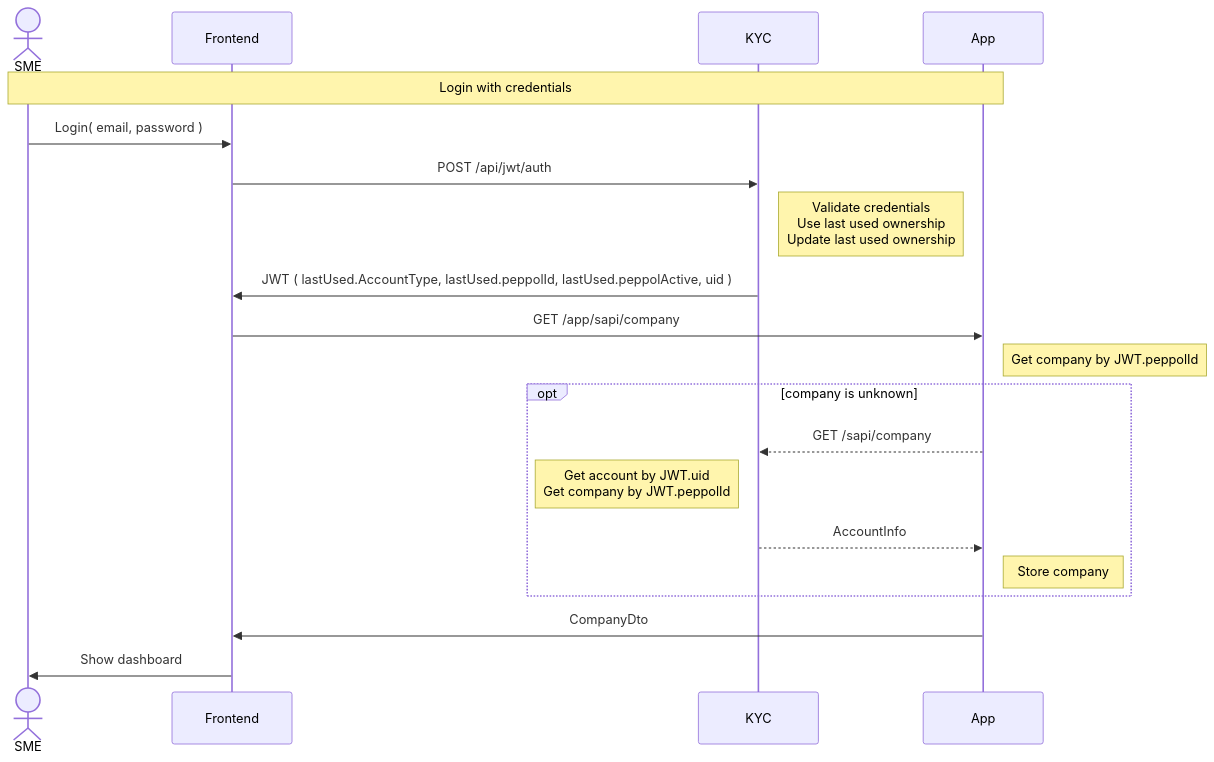
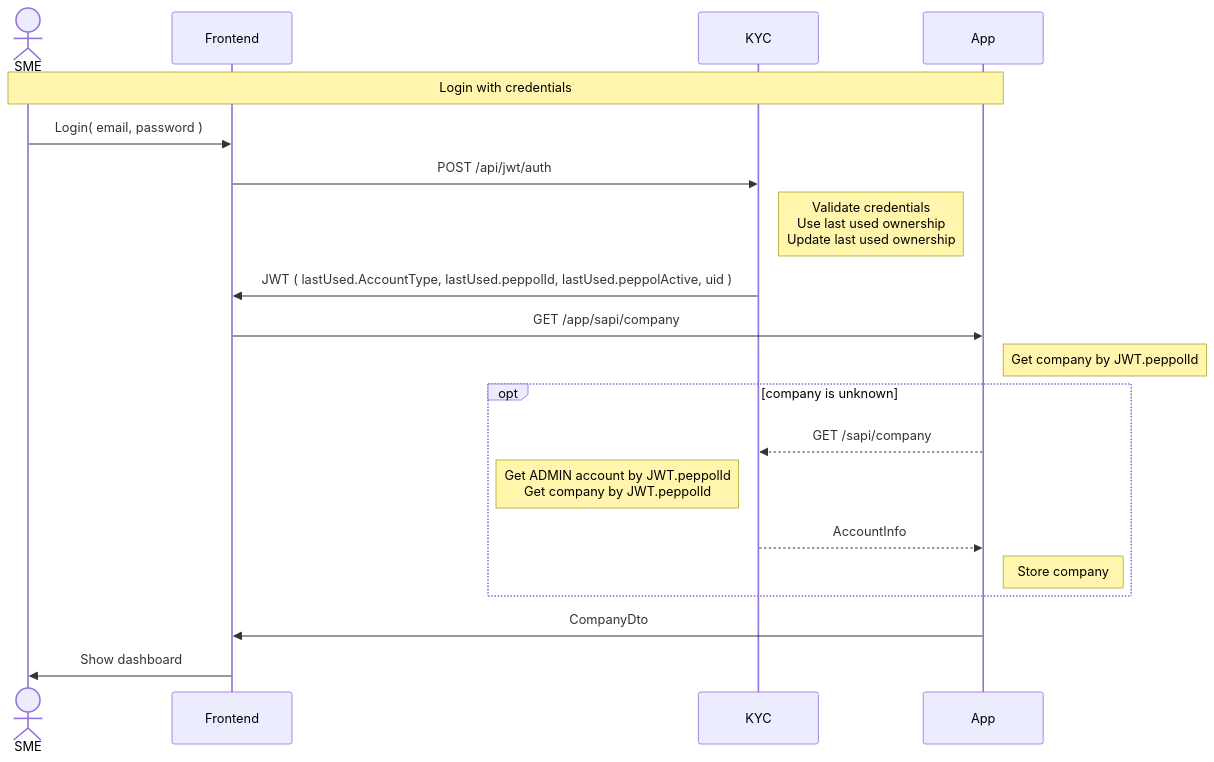
The diagram in readme/Login.md (letspeppol/letspeppol), drawn with Mermaid before and after one commit.

Commit message:
Added Admin info on first login

````diff
--- a/readme/Login.md
+++ b/readme/Login.md
@@ -3,27 +3,26 @@
 ```mermaid
 sequenceDiagram
     actor SME as SME
     participant Frontend as Frontend
     participant KYC as KYC
     participant App as App
     %%participant PeppolDirectory as PeppolDirectory
     %%participant Proxy as Proxy
     %%participant Peppol as Peppol
 
 Note over SME, App: Login with credentials
     SME ->> Frontend: Login( email, password )
     Frontend ->> KYC: POST /api/jwt/auth
     Note right of KYC: Validate credentials <br> Use last used ownership <br> Update last used ownership
     KYC ->> Frontend: JWT ( lastUsed.AccountType, lastUsed.peppolId, lastUsed.peppolActive, uid )
     Frontend ->> App: GET /app/sapi/company
     Note right of App: Get company by JWT.peppolId
     opt company is unknown
         App -->> KYC: GET /sapi/company
-        %% TODO : should be ADMIN ? Else first data stored is first requested Account ?
-        Note left of KYC: Get account by JWT.uid <br> Get company by JWT.peppolId 
+        Note left of KYC: Get ADMIN account by JWT.peppolId <br> Get company by JWT.peppolId 
         KYC -->> App: AccountInfo
         Note right of App: Store company
     end
     App ->> Frontend: CompanyDto
     Frontend ->> SME: Show dashboard
 ```
````
